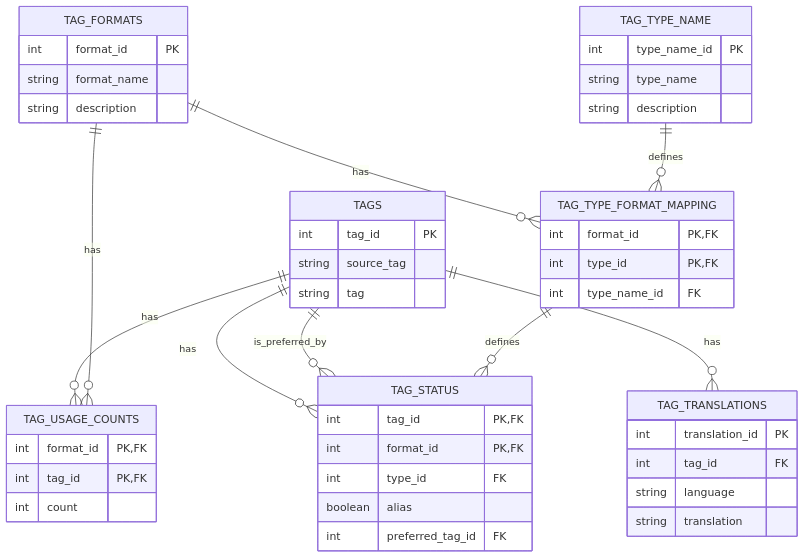
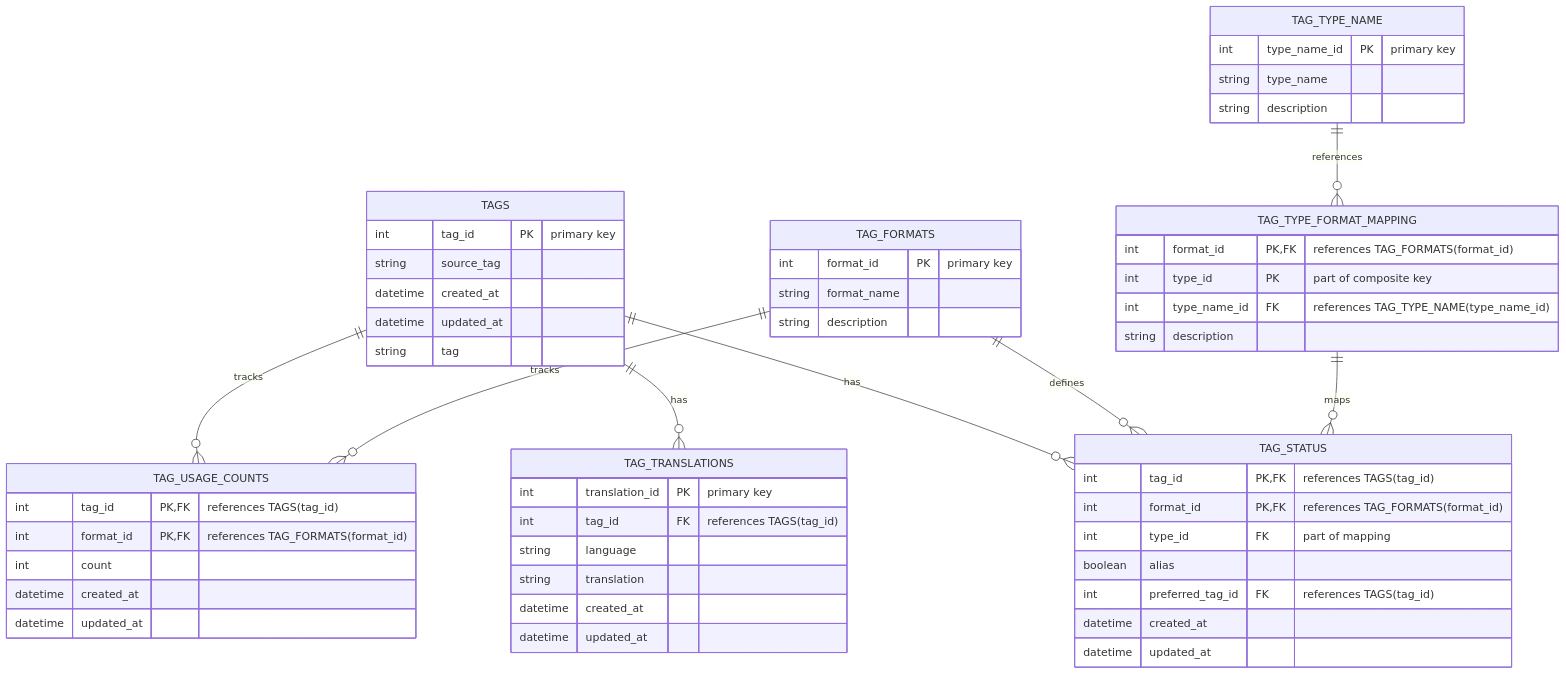
One commit to NEXTAltair/genai-tag-db-tools changed the diagram in README.md. Above: the diagram before and after it, drawn with Mermaid. The commit also changed other lines of this file and 1 other file, not shown here.

````diff
--- a/README.md
+++ b/README.md
@@ -178,56 +102,64 @@
 ```mermaid
 erDiagram
     TAGS ||--o{ TAG_TRANSLATIONS : has
-    TAGS ||--o{ TAG_USAGE_COUNTS : has
     TAGS ||--o{ TAG_STATUS : has
-    TAGS ||--o{ TAG_STATUS : is_preferred_by
-    TAG_FORMATS ||--o{ TAG_USAGE_COUNTS : has
-    TAG_FORMATS ||--o{ TAG_TYPE_FORMAT_MAPPING : has
-    TAG_TYPE_NAME ||--o{ TAG_TYPE_FORMAT_MAPPING : defines
-    TAG_TYPE_FORMAT_MAPPING ||--o{ TAG_STATUS : defines
+    TAGS ||--o{ TAG_USAGE_COUNTS : tracks
+    TAG_FORMATS ||--o{ TAG_STATUS : defines
+    TAG_FORMATS ||--o{ TAG_USAGE_COUNTS : tracks
+    TAG_TYPE_FORMAT_MAPPING ||--o{ TAG_STATUS : maps
+    TAG_TYPE_NAME ||--o{ TAG_TYPE_FORMAT_MAPPING : references
 
     TAGS {
-        int tag_id PK
+        int tag_id PK "primary key"
         string source_tag
+        datetime created_at
+        datetime updated_at
         string tag
     }
 
     TAG_TRANSLATIONS {
-        int translation_id PK
-        int tag_id FK
+        int translation_id PK "primary key"
+        int tag_id FK "references TAGS(tag_id)"
         string language
         string translation
+        datetime created_at
+        datetime updated_at
     }
 
     TAG_FORMATS {
-        int format_id PK
+        int format_id PK "primary key"
         string format_name
         string description
     }
 
     TAG_TYPE_NAME {
-        int type_name_id PK
+        int type_name_id PK "primary key"
         string type_name
         string description
     }
 
+    TAG_TYPE_FORMAT_MAPPING {
+        int format_id PK, FK "references TAG_FORMATS(format_id)"
+        int type_id PK "part of composite key"
+        int type_name_id FK "references TAG_TYPE_NAME(type_name_id)"
+        string description
+    }
+
     TAG_USAGE_COUNTS {
-        int format_id PK, FK
-        int tag_id PK, FK
+        int tag_id PK, FK "references TAGS(tag_id)"
+        int format_id PK, FK "references TAG_FORMATS(format_id)"
         int count
+        datetime created_at
+        datetime updated_at
     }
 
     TAG_STATUS {
-        int tag_id PK, FK
-        int format_id PK, FK
-        int type_id FK
+        int tag_id PK, FK "references TAGS(tag_id)"
+        int format_id PK, FK "references TAG_FORMATS(format_id)"
+        int type_id FK "part of mapping"
         boolean alias
-        int preferred_tag_id FK
-    }
-
-    TAG_TYPE_FORMAT_MAPPING {
-        int format_id PK, FK
-        int type_id PK, FK
-        int type_name_id FK
+        int preferred_tag_id FK "references TAGS(tag_id)"
+        datetime created_at
+        datetime updated_at
     }
 ```
````
